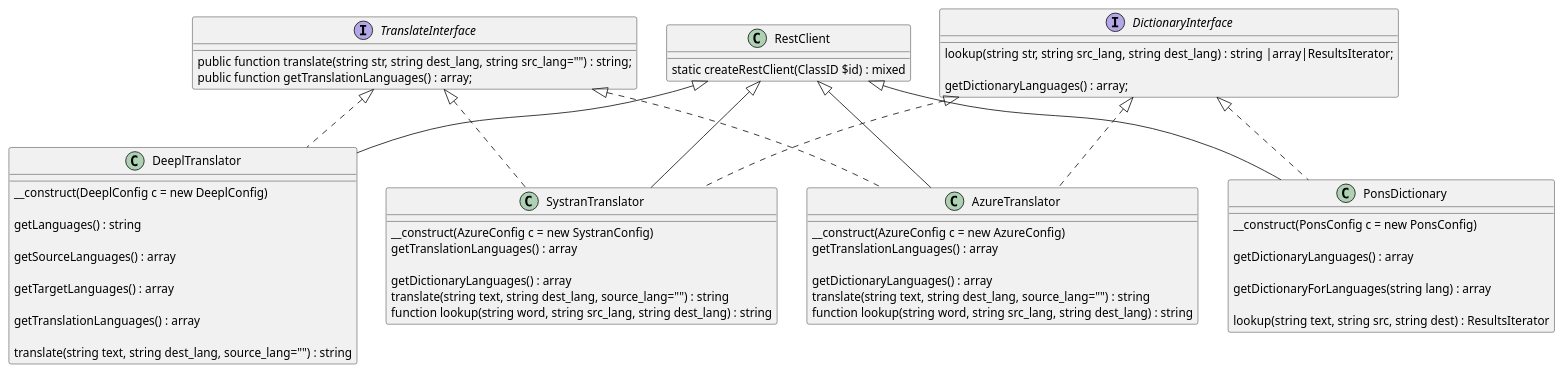
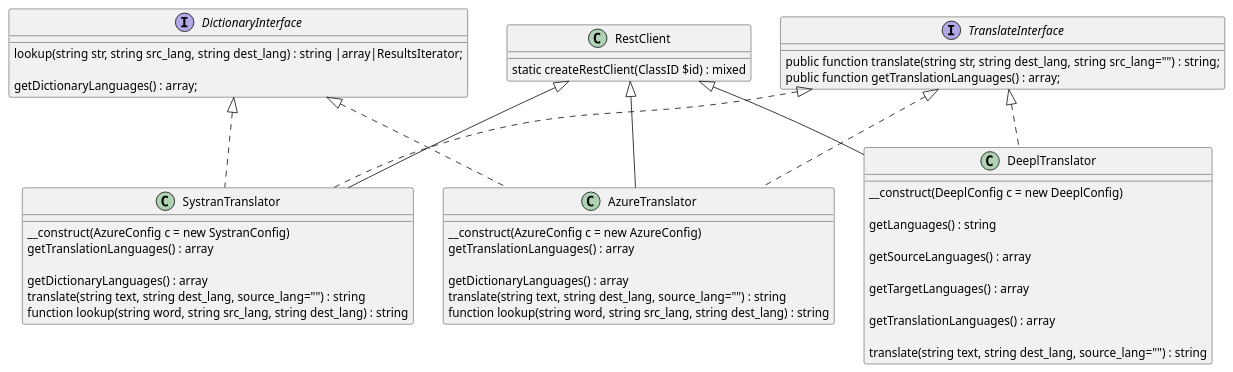
Before and after one commit to kurt-krueckeberg/php-translation-and-dictionary-rest-api-classes: the diagram in plantuml/dict-trans-classes.puml, drawn with PlantUML. The commit also changed 5 other files, not shown here.

```diff
--- a/plantuml/dict-trans-classes.puml
+++ b/plantuml/dict-trans-classes.puml
@@ -1,70 +1,58 @@
 interface TranslateInterface {
 
    public function translate(string str, string dest_lang, string src_lang="") : string; 
    public function getTranslationLanguages() : array;
 }
 
 interface DictionaryInterface {
    
    lookup(string str, string src_lang, string dest_lang) : string |array|ResultsIterator; 
 
    getDictionaryLanguages() : array;
 }
 
 class RestClient {
 
    static createRestClient(ClassID $id) : mixed
 }
 
 class AzureTranslator extends RestClient implements DictionaryInterface, TranslateInterface {
 
    __construct(AzureConfig c = new AzureConfig)
    
    getTranslationLanguages() : array
 
    getDictionaryLanguages() : array 
     
    translate(string text, string dest_lang, source_lang="") : string 
    
    function lookup(string word, string src_lang, string dest_lang) : string 
 }
 
 class DeeplTranslator extends RestClient implements TranslateInterface {
    
    __construct(DeeplConfig c = new DeeplConfig)
    
    getLanguages() : string
 
    getSourceLanguages() : array
 
    getTargetLanguages() : array
    
    getTranslationLanguages() : array
 
    translate(string text, string dest_lang, source_lang="") : string 
 }
 
 class SystranTranslator extends RestClient implements DictionaryInterface, TranslateInterface {
 
    __construct(AzureConfig c = new SystranConfig)
    
    getTranslationLanguages() : array
 
    getDictionaryLanguages() : array 
     
    translate(string text, string dest_lang, source_lang="") : string 
    
    function lookup(string word, string src_lang, string dest_lang) : string 
 }
-
-
-class PonsDictionary extends  RestClient implements DictionaryInterface {
-
-   __construct(PonsConfig c = new PonsConfig)
-
-   getDictionaryLanguages() : array 
-
-   getDictionaryForLanguages(string lang) : array
-
-   lookup(string text, string src, string dest) : ResultsIterator
-}
```
